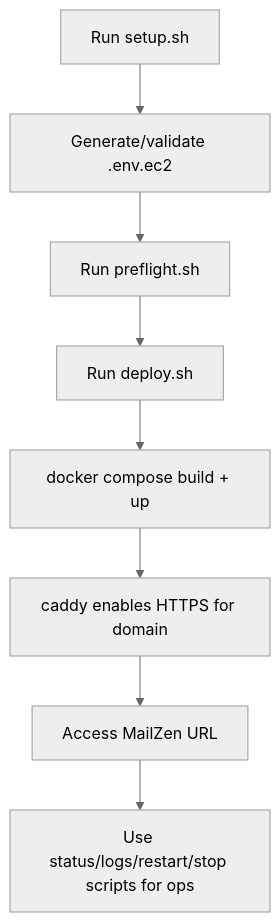
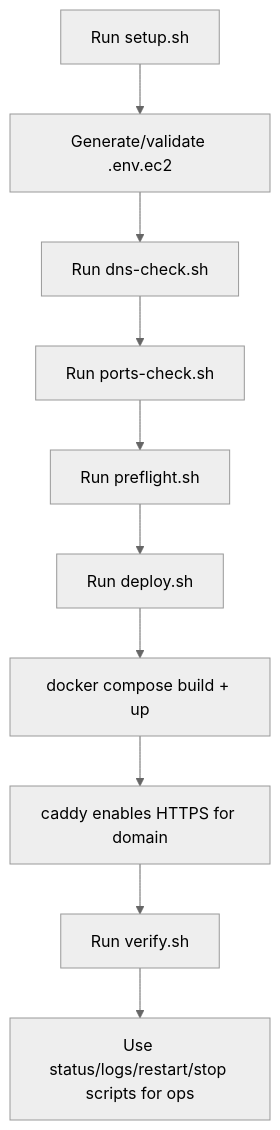
One commit to AmanVatsSharma/MailZen-Smart-Email-Management changed the diagram in deploy/ec2/README.md. Above: the diagram before and after it, drawn with Mermaid (neutral theme). The commit also changed other lines of this file and 2 other files, not shown here.

Commit message:
enhance launch pipeline with dns and ports prechecks

````diff
--- a/deploy/ec2/README.md
+++ b/deploy/ec2/README.md
@@ -55,10 +56,12 @@
 ```mermaid
 flowchart TD
   A[Run setup.sh] --> B[Generate/validate .env.ec2]
-  B --> C[Run preflight.sh]
-  C --> D[Run deploy.sh]
-  D --> E[docker compose build + up]
-  E --> F[caddy enables HTTPS for domain]
-  F --> G[Access MailZen URL]
-  G --> H[Use status/logs/restart/stop scripts for ops]
+  B --> C[Run dns-check.sh]
+  C --> D[Run ports-check.sh]
+  D --> E[Run preflight.sh]
+  E --> F[Run deploy.sh]
+  F --> G[docker compose build + up]
+  G --> H[caddy enables HTTPS for domain]
+  H --> I[Run verify.sh]
+  I --> J[Use status/logs/restart/stop scripts for ops]
 ```
````
